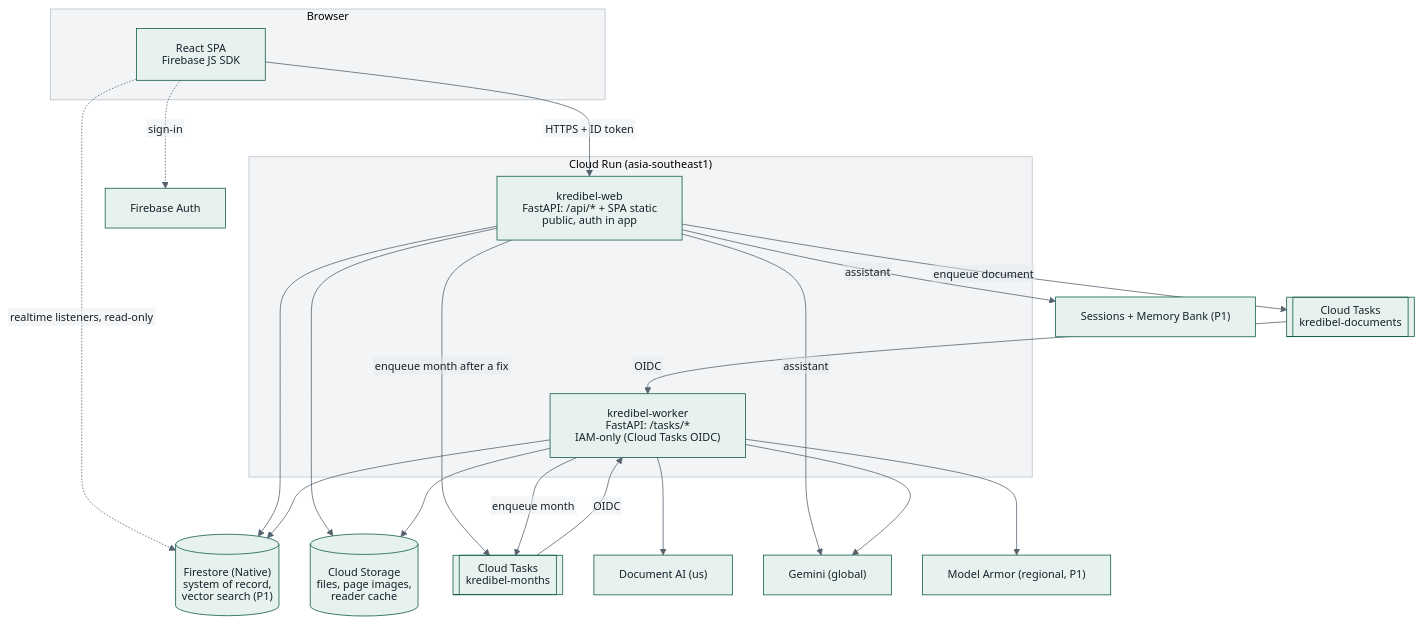
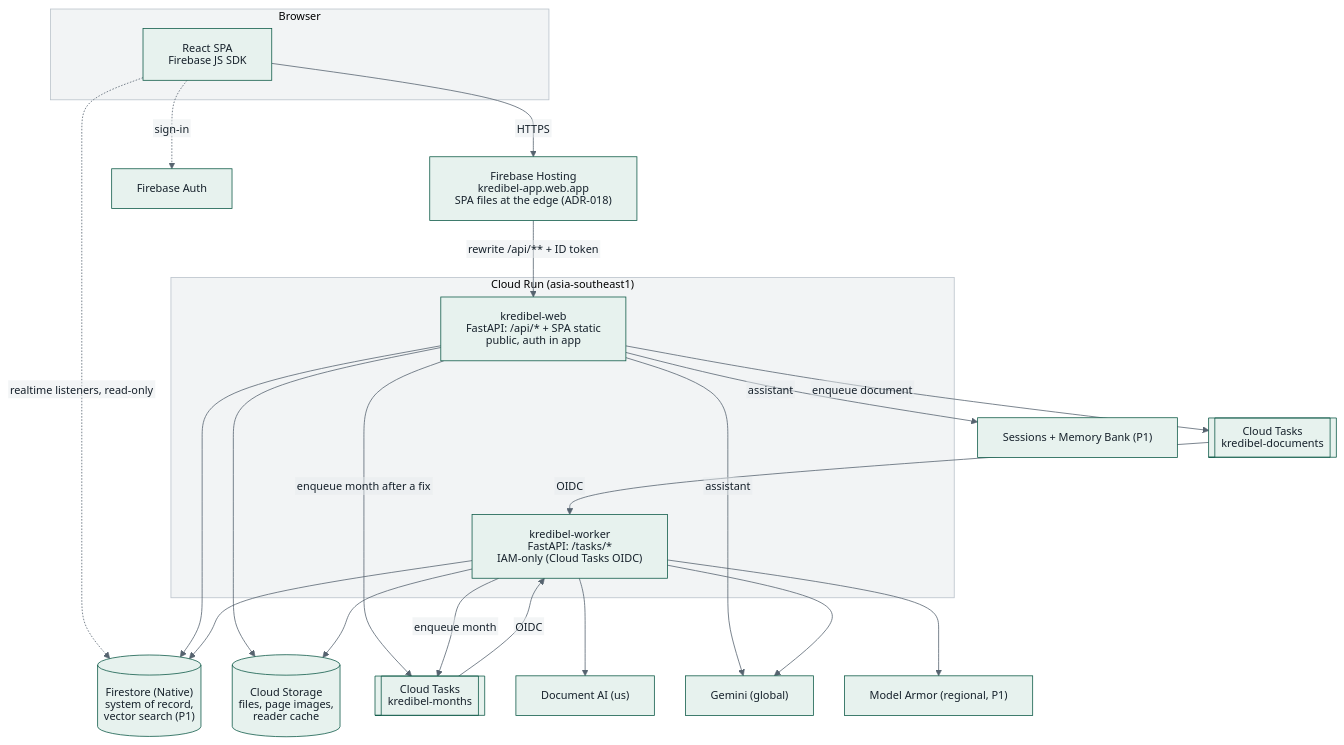
Before and after one commit to fadlytanjung/kredibel: the second of 9 diagrams in docs/05-architecture.md, drawn with Mermaid. The commit also changed 12 other files, not shown here.

First line of the commit message:
fix(001): document Firebase Hosting as ADR-018 and secure it

````diff
--- a/docs/05-architecture.md
+++ b/docs/05-architecture.md
@@ -57,40 +57,43 @@
 ```mermaid
 %%{init: {"theme": "base", "themeVariables": {"fontFamily": "Arial, Helvetica, sans-serif", "fontSize": "14px", "primaryColor": "#E7F2EE", "primaryBorderColor": "#0E5A47", "primaryTextColor": "#16212B", "lineColor": "#56636F", "secondaryColor": "#E8ECEE", "tertiaryColor": "#FFFFFF", "clusterBkg": "#F2F4F5", "clusterBorder": "#B9C2CA", "noteBkgColor": "#FFF5D6", "noteTextColor": "#16212B"}, "htmlLabels": false, "flowchart": {"htmlLabels": false, "padding": 16, "nodeSpacing": 40, "rankSpacing": 50, "wrappingWidth": 220}, "sequence": {"wrap": true, "useMaxWidth": true, "noteFontFamily": "Arial, Helvetica, sans-serif", "messageFontFamily": "Arial, Helvetica, sans-serif", "actorFontFamily": "Arial, Helvetica, sans-serif"}}}%%
 flowchart TB
     subgraph Browser
         spa["React SPA<br/>Firebase JS SDK"]
     end
+
+    hosting["Firebase Hosting<br/>kredibel-app.web.app<br/>SPA files at the edge (ADR-018)"]
 
     subgraph CloudRun["Cloud Run (asia-southeast1)"]
         webSvc["kredibel-web<br/>FastAPI: /api/* + SPA static<br/>public, auth in app"]
         workerSvc["kredibel-worker<br/>FastAPI: /tasks/*<br/>IAM-only (Cloud Tasks OIDC)"]
     end
 
     tq1[["Cloud Tasks<br/>kredibel-documents"]]
     tq2[["Cloud Tasks<br/>kredibel-months"]]
     fs[("Firestore (Native)<br/>system of record,<br/>vector search (P1)")]
     gcs[("Cloud Storage<br/>files, page images,<br/>reader cache")]
     docai["Document AI (us)"]
     gem["Gemini (global)"]
     armor["Model Armor (regional, P1)"]
     mem["Sessions + Memory Bank (P1)"]
     auth["Firebase Auth"]
 
-    spa -->|HTTPS + ID token| webSvc
+    spa -->|HTTPS| hosting
+    hosting -->|"rewrite /api/** + ID token"| webSvc
     spa -.->|realtime listeners, read-only| fs
     spa -.->|sign-in| auth
     webSvc --> fs
     webSvc --> gcs
     webSvc -->|enqueue document| tq1
     webSvc -->|enqueue month after a fix| tq2
     webSvc -->|assistant| gem
     webSvc -->|assistant| mem
     tq1 -->|OIDC| workerSvc
     tq2 -->|OIDC| workerSvc
     workerSvc -->|enqueue month| tq2
     workerSvc --> fs
     workerSvc --> gcs
     workerSvc --> docai
     workerSvc --> gem
     workerSvc --> armor
 ```
````
